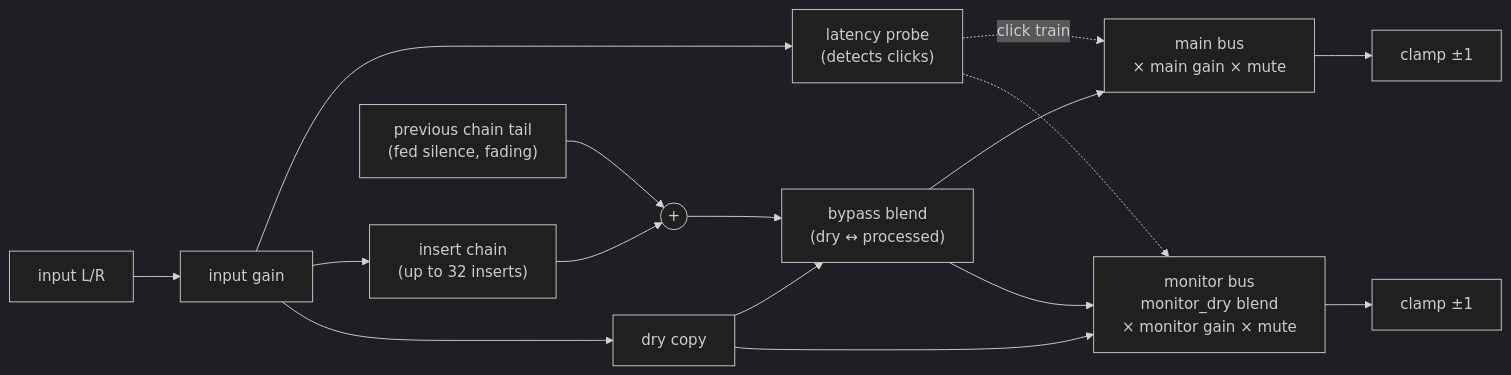
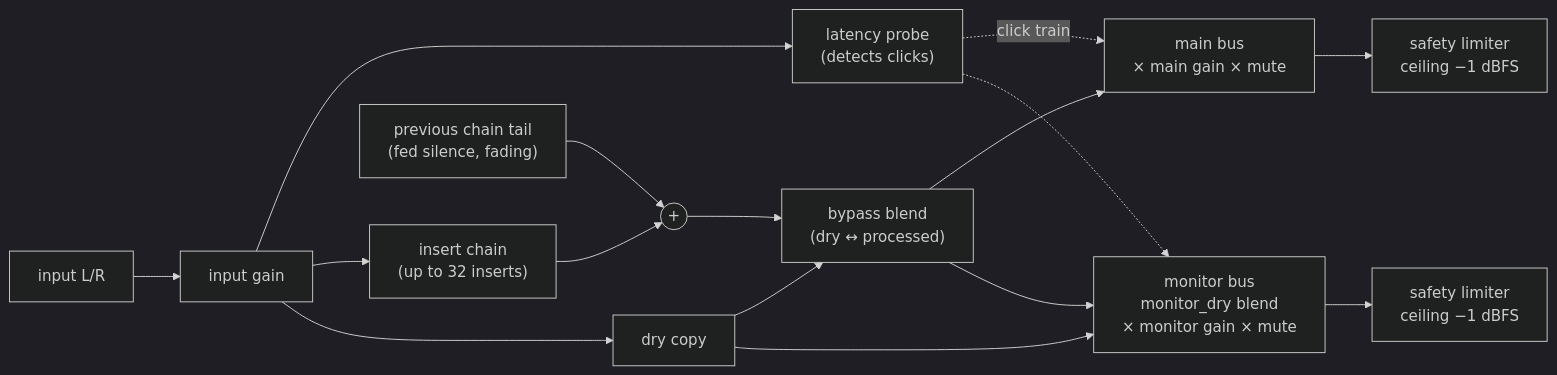
One commit to dragoscv/mmo changed the second of 3 diagrams in docs/live/architecture.md. Above: the diagram before and after it, drawn with Mermaid (dark theme). The commit also changed other lines of this file and 40 other files, not shown here.

````diff
--- a/docs/live/architecture.md
+++ b/docs/live/architecture.md
@@ -81,18 +83,18 @@
 ```mermaid
 flowchart LR
   in["input L/R"] --> ig["input gain"]
   ig --> probe["latency probe<br/>(detects clicks)"]
   ig --> chain["insert chain<br/>(up to 32 inserts)"]
   ig --> dry["dry copy"]
   tail["previous chain tail<br/>(fed silence, fading)"] --> sum(("+"))
   chain --> sum
   sum --> byp["bypass blend<br/>(dry ↔ processed)"]
   dry --> byp
   byp --> main["main bus<br/>× main gain × mute"]
   byp --> mon["monitor bus<br/>monitor_dry blend<br/>× monitor gain × mute"]
   dry --> mon
   probe -.->|"click train"| main
   probe -.-> mon
-  main --> clamp1["clamp ±1"]
-  mon --> clamp2["clamp ±1"]
+  main --> safe1["safety limiter<br/>ceiling −1 dBFS"]
+  mon --> safe2["safety limiter<br/>ceiling −1 dBFS"]
 ```
````
